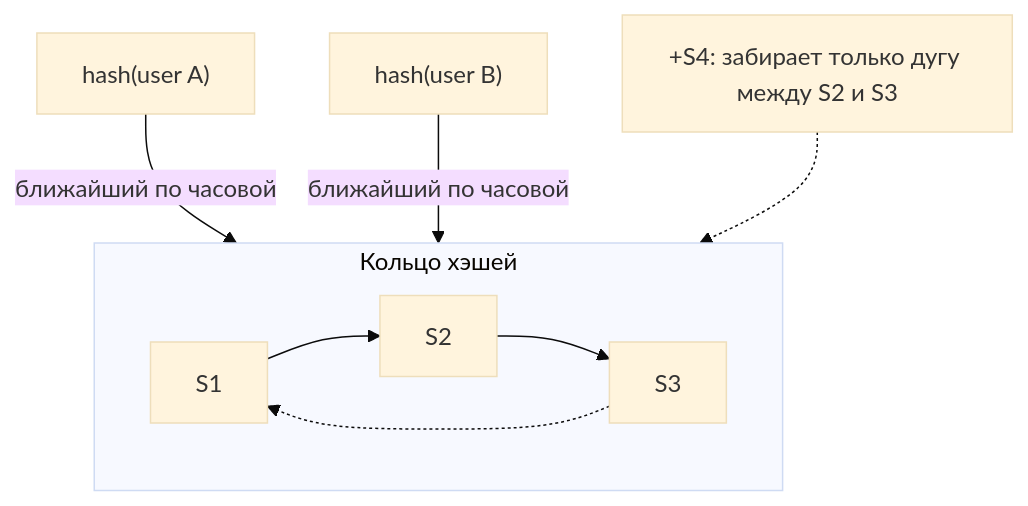
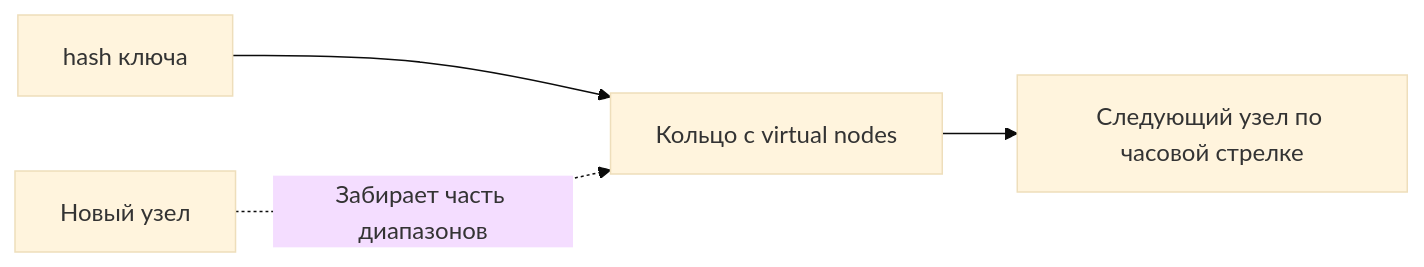
Before and after one commit to AlohaJava/system-design-interview-chamkin: the fourth of 5 diagrams in 01-building-blocks/load-balancing.md, drawn with Mermaid (base theme). The commit also changed other lines of this file and 49 other files, not shown here.

````diff
--- a/01-building-blocks/load-balancing.md
+++ b/01-building-blocks/load-balancing.md
@@ -379,10 +378,6 @@
 ```mermaid
-flowchart TB
-    subgraph Ring["Кольцо хэшей"]
-        direction LR
-        S1["S1"] --> S2["S2"] --> S3["S3"] -.-> S1
-    end
-    U1["hash(user A)"] -->|"ближайший по часовой"| S1
-    U2["hash(user B)"] -->|"ближайший по часовой"| S2
-    S4["+S4: забирает только дугу между S2 и S3"] -.-> Ring
+flowchart LR
+    K["hash ключа"] --> R["Кольцо с virtual nodes"]
+    R --> S["Следующий узел по часовой стрелке"]
+    N["Новый узел"] -.->|"Забирает часть диапазонов"| R
 ```
````
